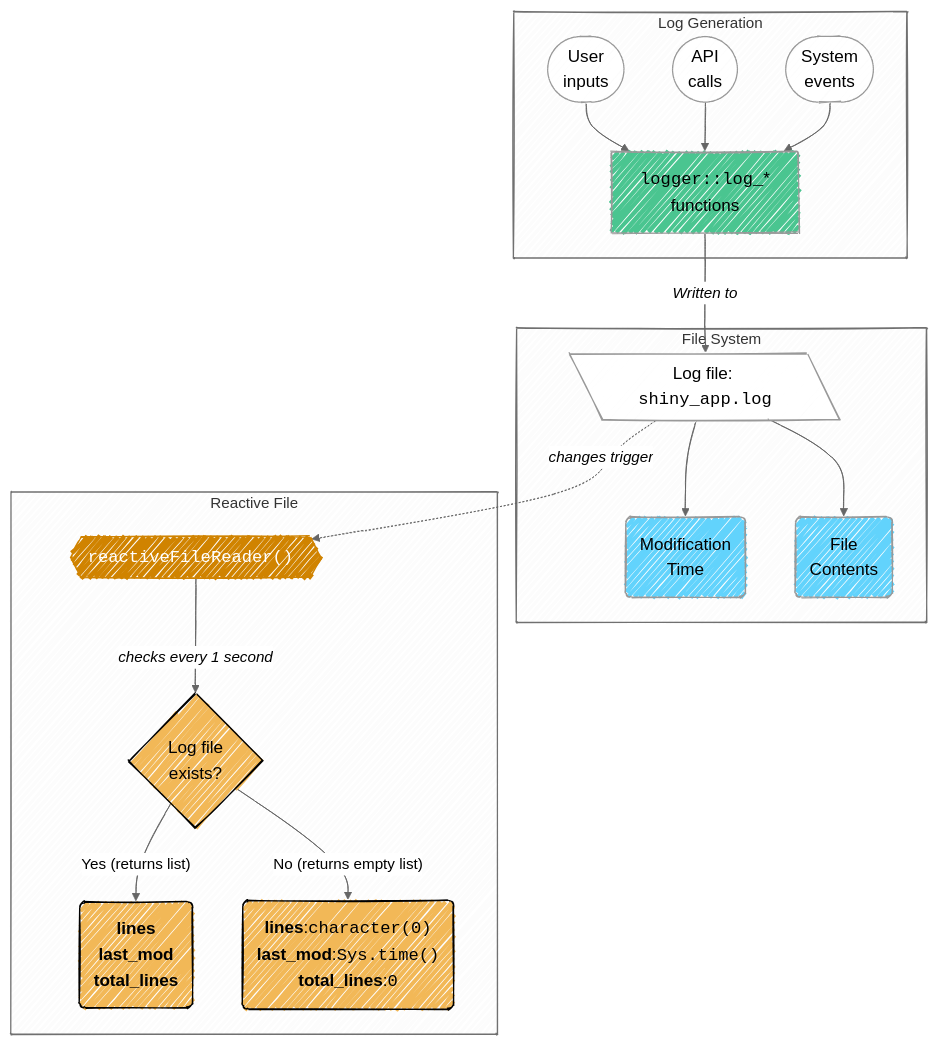
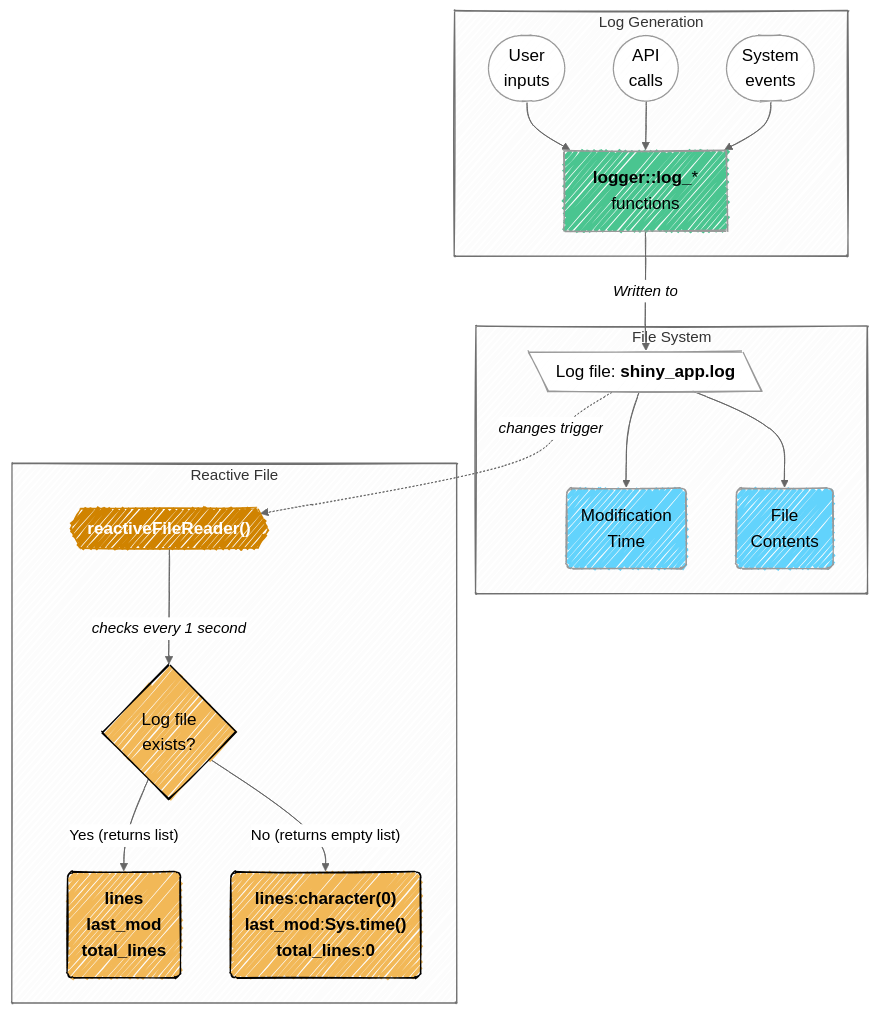
The second of 3 diagrams in app-log-r.qmd (mjfrigaard/do4ds-labs), drawn with Mermaid before and after one commit. The commit also changed other lines of this file and 38 other files, not shown here.

````diff
--- a/app-log-r.qmd
+++ b/app-log-r.qmd
@@ -505,60 +514,60 @@
 ```{mermaid}
 %%| fig-cap: 'Logging in Server'
 %%| fig-align: center
 %%| fig-width: 7.0
 %%{init: {'theme': 'neutral', 'look': 'handDrawn', 'themeVariables': { 'fontFamily': 'monospace'}}}%%
 
 flowchart TD
 
  subgraph User["Log Generation"]
         Q(["User<br>inputs"])
         R(["API<br>calls"])
         S(["System<br>events"])
-        %% T@{ shape: rect, label: "<code>logger::log_</code>*<br>functions" }
-        T["<code>logger::log_</code>*<br>functions"]
+        %% T@{ shape: rect, label: "<strong>logger::log_</strong>*<br>functions" }
+        T["<strong>logger::log_</strong>*<br>functions"]
   end
 
     Q --> T
     R --> T
     S --> T
     T -- "<em>Written to</em>"--> A
 
  subgraph FileSys["File System"]
-        %% A@{ shape: lin-doc, label: "<code>shiny_app.log</code>" }
-        A[\"Log file: <code>shiny_app.log</code>"\]
+        %% A@{ shape: lin-doc, label: "<strong>shiny_app.log</strong>" }
+        A[\"Log file: <strong>shiny_app.log</strong>"\]
         A1("Modification<br>Time")
         A2("File<br>Contents")
   end
     A --> A1 & A2
     A -."<em>changes trigger</em>".-> B
 
  subgraph ReactFile["Reactive File"]
-        %% B@{ shape: subproc, label: "<code>reactiveFileReader()</code>" }
-        B{{"<code>reactiveFileReader() </code>"}}
+        %% B@{ shape: subproc, label: "<strong>reactiveFileReader()</strong>" }
+        B{{"<strong>reactiveFileReader() </strong>"}}
         C{"Log file<br>exists?"}
         D("<strong>lines<br>last_mod<br>total_lines</strong>")
-        E("<strong>lines</strong>:<code>character(0)</code><br><strong>last_mod</strong>:<code>Sys.time()</code><br><strong>total_lines</strong>:<code>0</code>")
+        E("<strong>lines</strong>:<strong>character(0)</strong><br><strong>last_mod</strong>:<strong>Sys.time()</strong><br><strong>total_lines</strong>:<strong>0</strong>")
   end
     
     B --"<em>checks every 1 second</em>"--> C
     C -- Yes (returns list)--> D
     C -- No (returns empty list)--> E
 
     style Q fill:#FFF,color:#000,rx:20,ry:20,font-size:18px
     style R fill:#FFF,color:#000,rx:20,ry:20,font-size:18px
     style S fill:#FFF,color:#000,rx:20,ry:20,font-size:18px
     
     style T fill:#4ac590,color:#000,rx:20,ry:20,font-size:18px
     
     style A fill:#FFF,color:#000,rx:20,ry:20,font-size:18px
     
     style A1 fill:#62d3fc,color:#000,rx:12,ry:12,font-size:18px
     style A2 fill:#62d3fc,color:#000,rx:12,ry:12,font-size:18px
 
     style B fill:#d08300,stroke:#d08300,color:#fff,rx:12,ry:12,font-size:18px
     
     style C fill:#f2b857,stroke:#000,color:#000,font-size:18px
     style D fill:#f2b857,stroke:#000,color:#000,rx:20,ry:20,font-size:18px
     style E fill:#f2b857,stroke:#000,color:#000,rx:20,ry:20,font-size:18px
     
 ```
````
